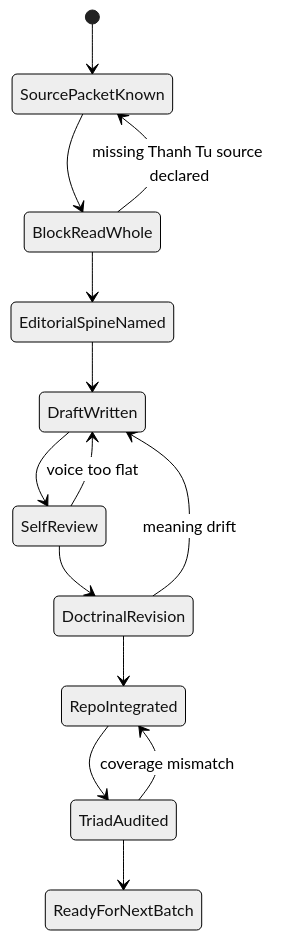
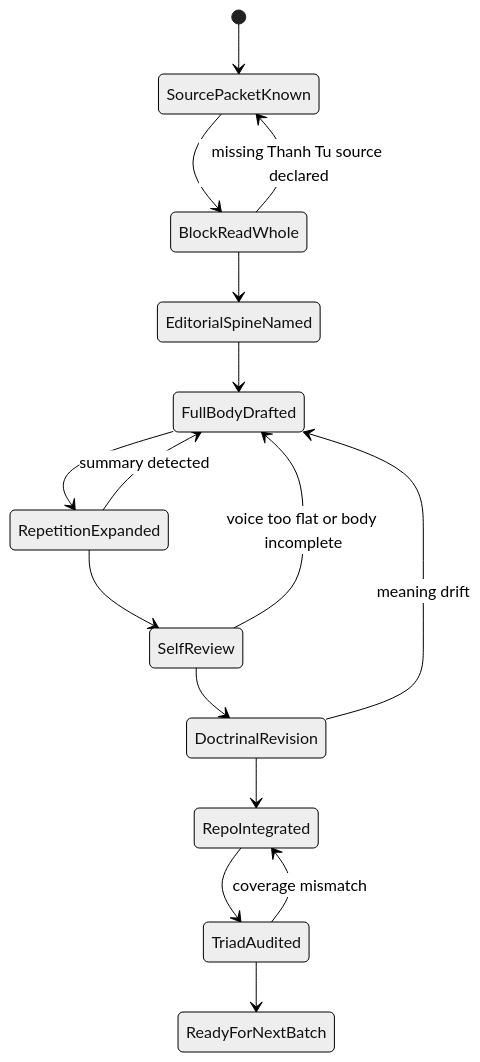
Before and after one commit to cschanhniem/cschanhniem.github.io: the first of 3 diagrams in docs/manual-2026-agent-prompts.md, drawn with Mermaid (neutral theme). The commit also changed other lines of this file and 15 other files, not shown here.

````diff
--- a/docs/manual-2026-agent-prompts.md
+++ b/docs/manual-2026-agent-prompts.md
@@ -206,16 +241,18 @@
 ```mermaid
 stateDiagram-v2
     [*] --> SourcePacketKnown
     SourcePacketKnown --> BlockReadWhole
     BlockReadWhole --> EditorialSpineNamed
-    EditorialSpineNamed --> DraftWritten
-    DraftWritten --> SelfReview
+    EditorialSpineNamed --> FullBodyDrafted
+    FullBodyDrafted --> RepetitionExpanded
+    RepetitionExpanded --> SelfReview
     SelfReview --> DoctrinalRevision
     DoctrinalRevision --> RepoIntegrated
     RepoIntegrated --> TriadAudited
     TriadAudited --> ReadyForNextBatch
     BlockReadWhole --> SourcePacketKnown: missing Thanh Tu source declared
-    SelfReview --> DraftWritten: voice too flat
-    DoctrinalRevision --> DraftWritten: meaning drift
+    RepetitionExpanded --> FullBodyDrafted: summary detected
+    SelfReview --> FullBodyDrafted: voice too flat or body incomplete
+    DoctrinalRevision --> FullBodyDrafted: meaning drift
     TriadAudited --> RepoIntegrated: coverage mismatch
 ```
````
